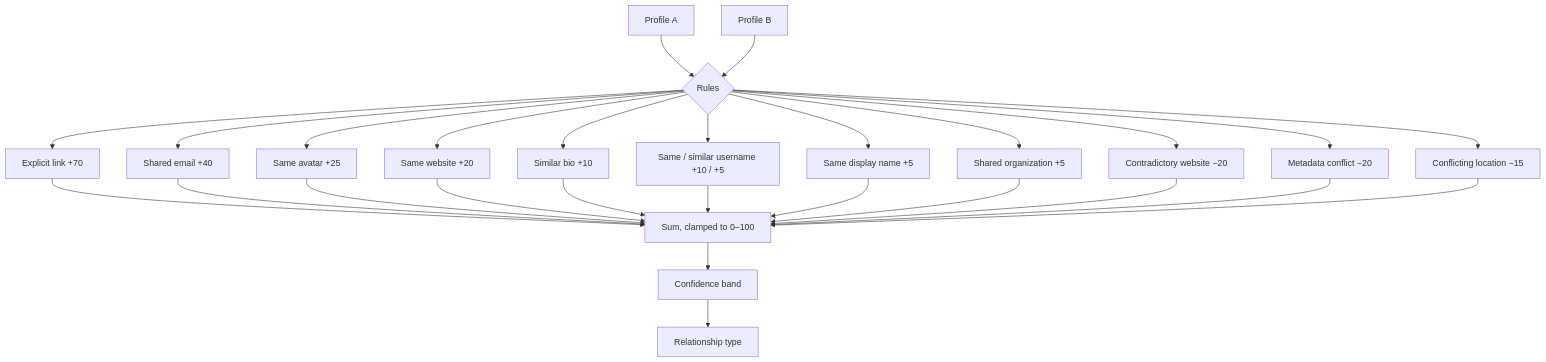
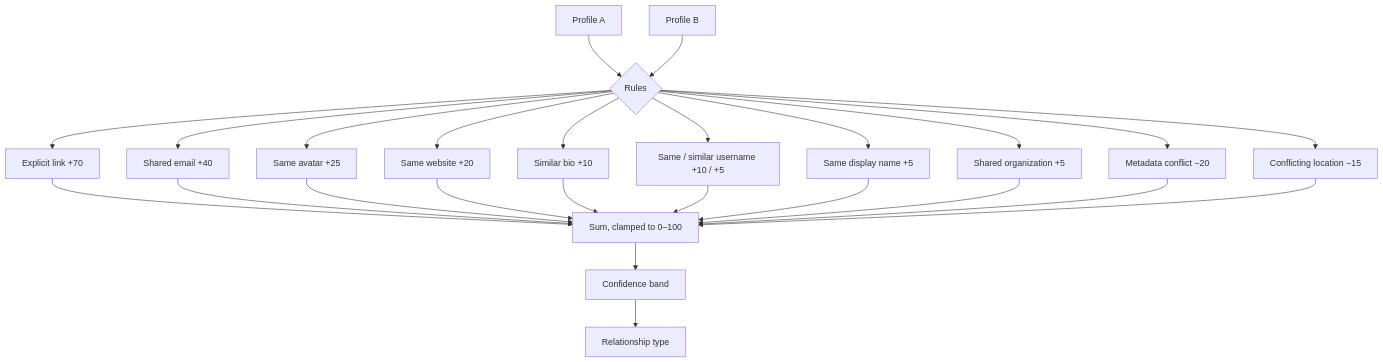
One commit to antsyyy/omnicient changed the third of 4 diagrams in README.md. Above: the diagram before and after it, drawn with Mermaid. The commit also changed other lines of this file and 11 other files, not shown here.

````diff
--- a/README.md
+++ b/README.md
@@ -583,19 +584,18 @@
 ```mermaid
 flowchart TD
     A["Profile A"] --> R{"Rules"}
     B["Profile B"] --> R
     R --> S1["Explicit link +70"]
     R --> S2["Shared email +40"]
     R --> S3["Same avatar +25"]
     R --> S4["Same website +20"]
     R --> S5["Similar bio +10"]
     R --> S6["Same / similar username +10 / +5"]
     R --> S7["Same display name +5"]
     R --> S8["Shared organization +5"]
-    R --> N1["Contradictory website −20"]
-    R --> N2["Metadata conflict −20"]
-    R --> N3["Conflicting location −15"]
-    S1 & S2 & S3 & S4 & S5 & S6 & S7 & S8 & N1 & N2 & N3 --> SUM["Sum, clamped to 0–100"]
+    R --> N1["Metadata conflict −20"]
+    R --> N2["Conflicting location −15"]
+    S1 & S2 & S3 & S4 & S5 & S6 & S7 & S8 & N1 & N2 --> SUM["Sum, clamped to 0–100"]
     SUM --> BAND["Confidence band"]
     BAND --> TYPE["Relationship type"]
 ```
````
